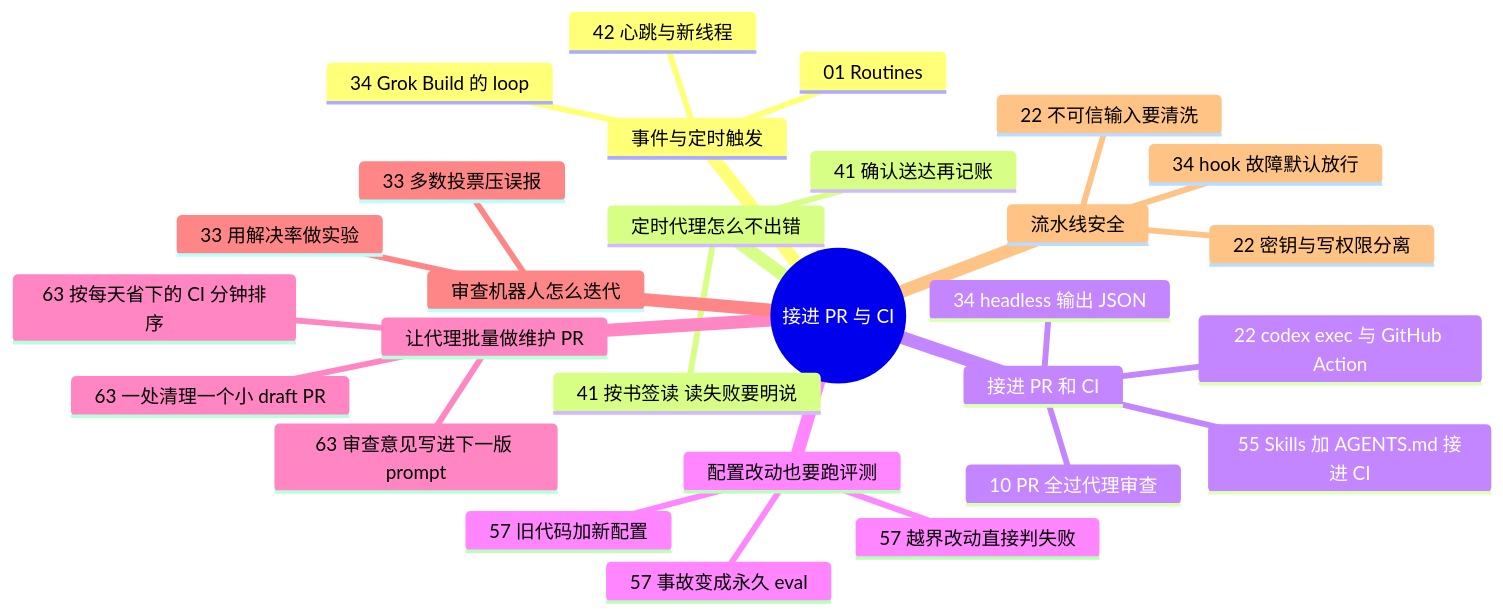
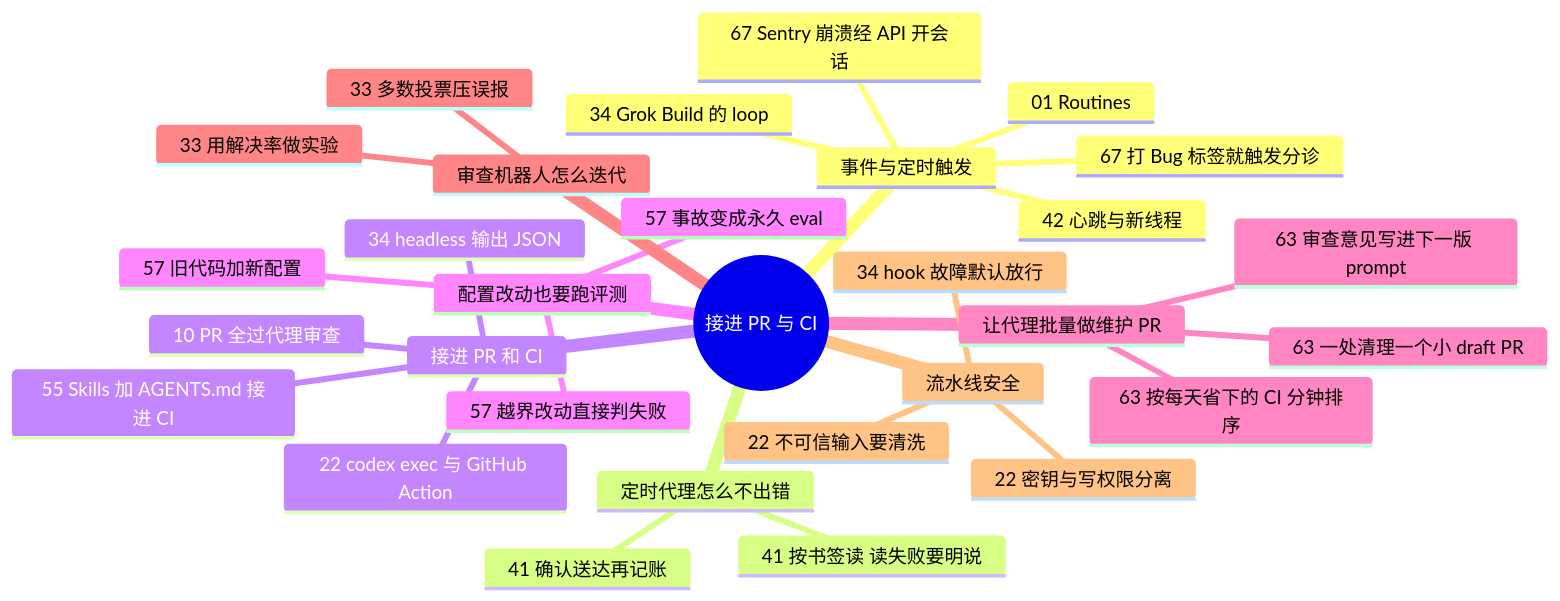
The diagram in docs/guide/ci.md (yzw7489757/ai-coding-videos), drawn with Mermaid before and after one commit. The commit also changed other lines of this file and 17 other files, not shown here.

````diff
--- a/docs/guide/ci.md
+++ b/docs/guide/ci.md
@@ -13,31 +13,33 @@
 ```mermaid
 mindmap
   root((接进 PR 与 CI))
     事件与定时触发
       01 Routines
       34 Grok Build 的 loop
       42 心跳与新线程
+      67 打 Bug 标签就触发分诊
+      67 Sentry 崩溃经 API 开会话
     定时代理怎么不出错
       41 按书签读 读失败要明说
       41 确认送达再记账
     接进 PR 和 CI
       10 PR 全过代理审查
       22 codex exec 与 GitHub Action
       55 Skills 加 AGENTS.md 接进 CI
       34 headless 输出 JSON
     配置改动也要跑评测
       57 旧代码加新配置
       57 越界改动直接判失败
       57 事故变成永久 eval
     让代理批量做维护 PR
       63 一处清理一个小 draft PR
       63 审查意见写进下一版 prompt
       63 按每天省下的 CI 分钟排序
     审查机器人怎么迭代
       33 多数投票压误报
       33 用解决率做实验
     流水线安全
       22 密钥与写权限分离
       34 hook 故障默认放行
       22 不可信输入要清洗
 ```
````
